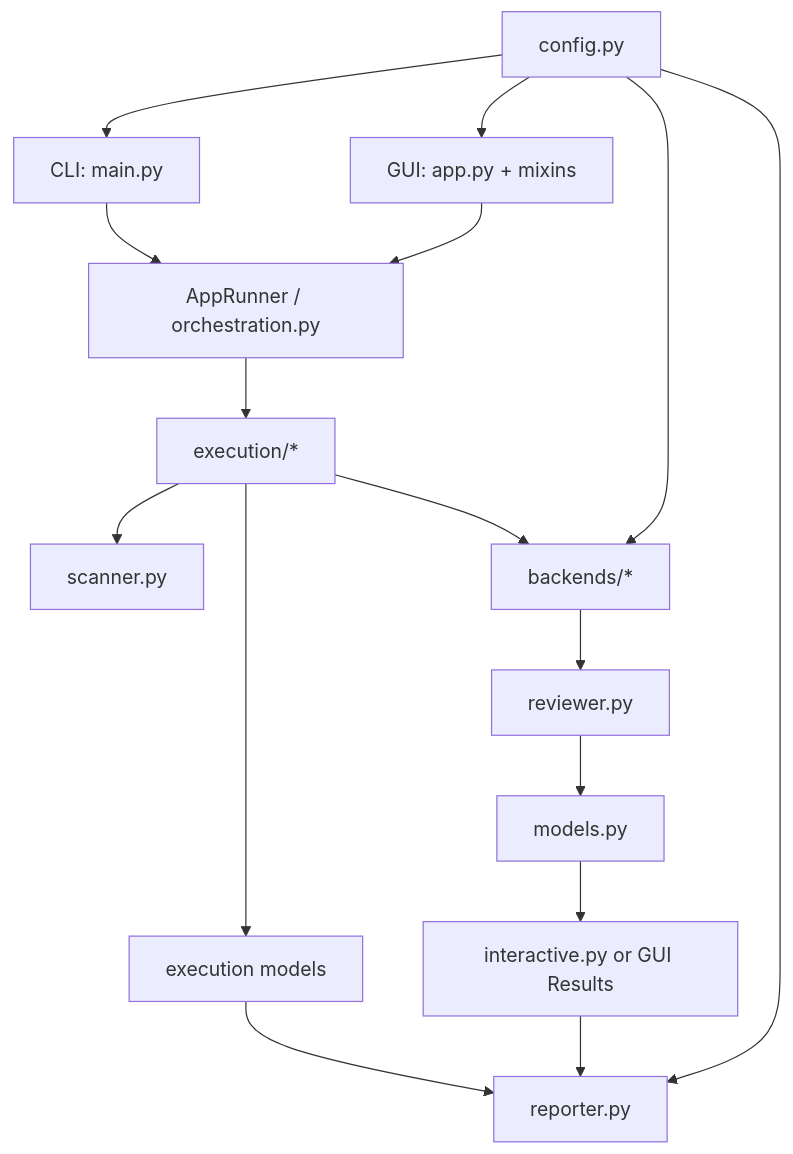
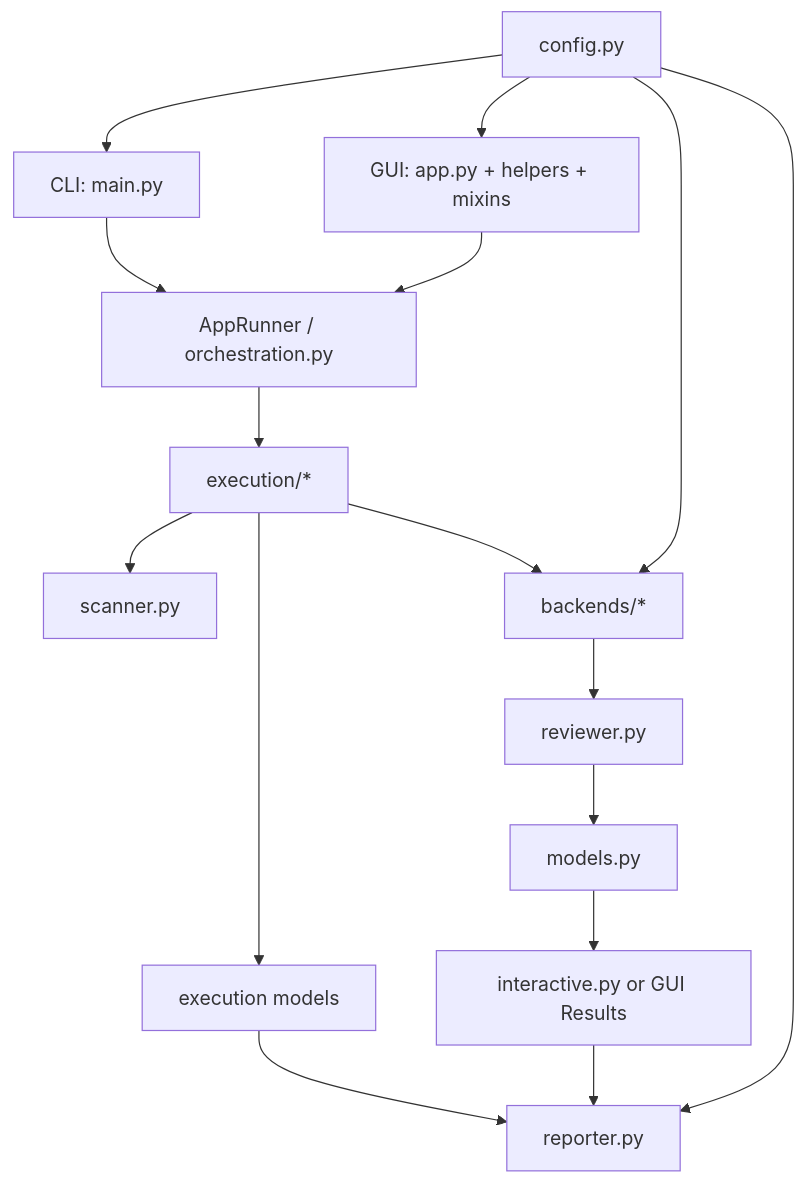
The first of 5 diagrams in docs/architecture.md (gallaway-jp/AICodeReviewer), drawn with Mermaid before and after one commit. The commit also changed other lines of this file and 186 other files, not shown here.

````diff
--- a/docs/architecture.md
+++ b/docs/architecture.md
@@ -20,18 +20,18 @@
 ```mermaid
 flowchart TD
 	CLI[CLI: main.py] --> ORCH[AppRunner / orchestration.py]
-	GUI[GUI: app.py + mixins] --> ORCH
+	GUI[GUI: app.py + helpers + mixins] --> ORCH
 	ORCH --> EXEC[execution/*]
 	EXEC --> SCAN[scanner.py]
 	EXEC --> BACKENDS[backends/*]
 	BACKENDS --> REVIEW[reviewer.py]
 	REVIEW --> MODELS[models.py]
 	EXEC --> EMODELS[execution models]
 	EMODELS --> REPORT[reporter.py]
 	MODELS --> INTERACTIVE[interactive.py or GUI Results]
 	INTERACTIVE --> REPORT[reporter.py]
 	CONFIG[config.py] --> CLI
 	CONFIG --> GUI
 	CONFIG --> BACKENDS
 	CONFIG --> REPORT
 ```
````
